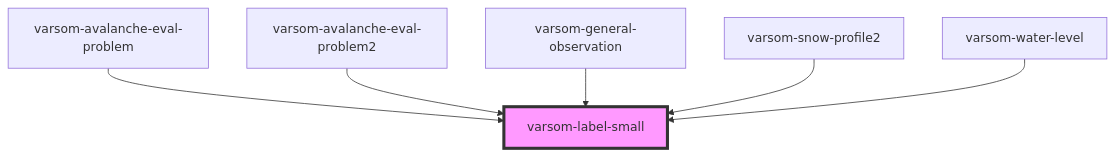
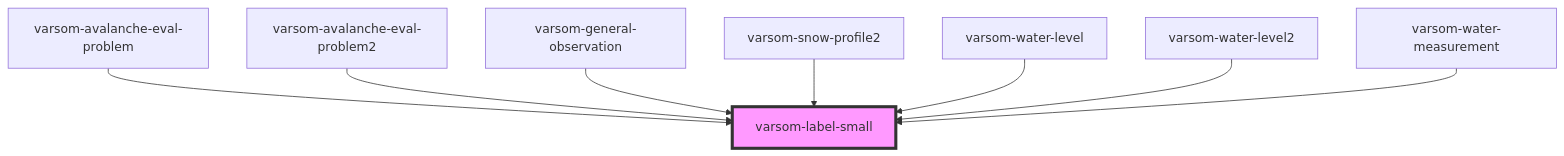
The diagram in observasjonskort/src/components/varsom-label-small/readme.md (NVE/varsom-observation), drawn with Mermaid before and after one commit. The commit also changed other lines of this file and 10 other files, not shown here.

Commit message:
updated water measurement and waterlevel 2 components

````diff
--- a/observasjonskort/src/components/varsom-label-small/readme.md
+++ b/observasjonskort/src/components/varsom-label-small/readme.md
@@ -26,9 +28,11 @@
 ```mermaid
 graph TD;
   varsom-avalanche-eval-problem --> varsom-label-small
   varsom-avalanche-eval-problem2 --> varsom-label-small
   varsom-general-observation --> varsom-label-small
   varsom-snow-profile2 --> varsom-label-small
   varsom-water-level --> varsom-label-small
+  varsom-water-level2 --> varsom-label-small
+  varsom-water-measurement --> varsom-label-small
   style varsom-label-small fill:#f9f,stroke:#333,stroke-width:4px
 ```
````
